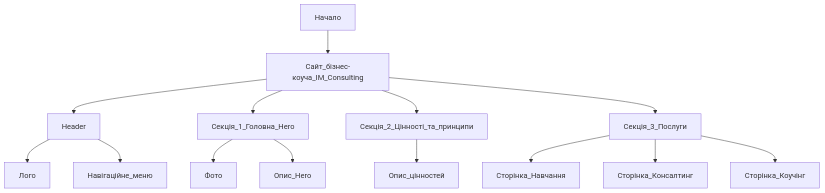
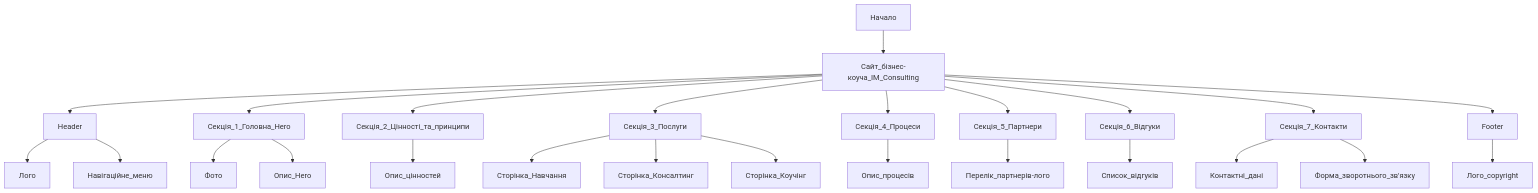
The diagram in README.md (sergio-nezhigay/carptravel), drawn with Mermaid before and after one commit.

Commit message:
formatting test

````diff
--- a/README.md
+++ b/README.md
@@ -57,17 +57,28 @@
 ```mermaid
 graph TD;
     Начало --> Сайт_бізнес-коуча_IM_Consulting
     Сайт_бізнес-коуча_IM_Consulting --> Header
     Сайт_бізнес-коуча_IM_Consulting --> Секція_1_Головна_Hero
     Сайт_бізнес-коуча_IM_Consulting --> Секція_2_Цінності_та_принципи
     Сайт_бізнес-коуча_IM_Consulting --> Секція_3_Послуги
+    Сайт_бізнес-коуча_IM_Consulting --> Секція_4_Процеси
+    Сайт_бізнес-коуча_IM_Consulting --> Секція_5_Партнери
+    Сайт_бізнес-коуча_IM_Consulting --> Секція_6_Відгуки
+    Сайт_бізнес-коуча_IM_Consulting --> Секція_7_Контакти
+    Сайт_бізнес-коуча_IM_Consulting --> Footer
     Header --> Лого
     Header --> Навігаційне_меню
     Секція_1_Головна_Hero --> Фото
     Секція_1_Головна_Hero --> Опис_Hero
     Секція_2_Цінності_та_принципи --> Опис_цінностей
     Секція_3_Послуги --> Сторінка_Навчання
     Секція_3_Послуги --> Сторінка_Консалтинг
     Секція_3_Послуги --> Сторінка_Коучінг
+    Секція_4_Процеси --> Опис_процесів
+    Секція_5_Партнери --> Перелік_партнерів-лого
+    Секція_6_Відгуки --> Список_відгуків
+    Секція_7_Контакти --> Контактні_дані
+    Секція_7_Контакти --> Форма_зворотнього_зв'язку
+    Footer --> Лого_copyright
 
 ```
````
